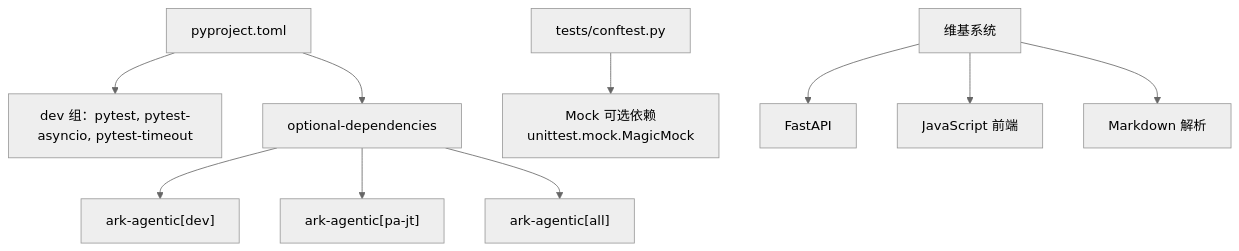
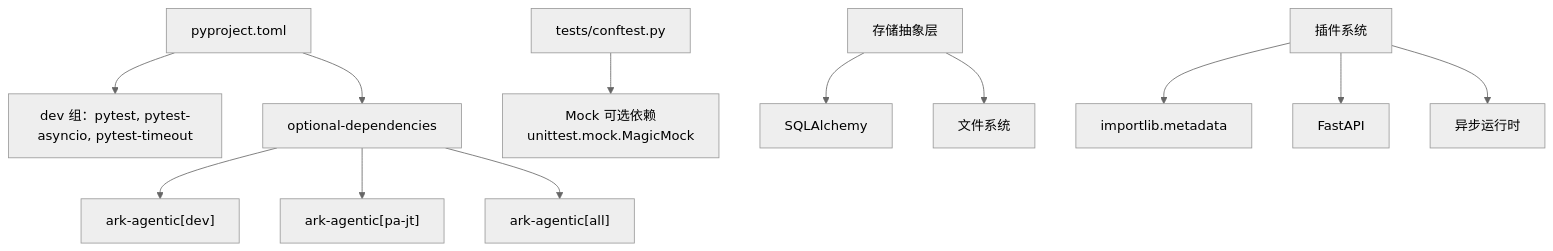
Diagram 11 of 11 in repowiki/zh/content/测试策略/测试策略.md (YU-JI-KUI/ark-agentic), drawn with Mermaid (neutral theme) before and after one commit. The commit also changed other lines of this file and 116 other files, not shown here.

````diff
--- a/repowiki/zh/content/测试策略/测试策略.md
+++ b/repowiki/zh/content/测试策略/测试策略.md
@@ -425,12 +508,14 @@
 ```mermaid
 graph TB
 P["pyproject.toml"] --> Dev["dev 组：pytest, pytest-asyncio, pytest-timeout"]
 P --> Optional["optional-dependencies"]
 Optional --> DevGroup["ark-agentic[dev]"]
 Optional --> PJT["ark-agentic[pa-jt]"]
 Optional --> All["ark-agentic[all]"]
 C["tests/conftest.py"] --> Mocks["Mock 可选依赖unittest.mock.MagicMock"]
-WS["维基系统"] --> FastAPI["FastAPI"]
-WS --> JS["JavaScript 前端"]
-WS --> MD["Markdown 解析"]
+STORAGE["存储抽象层"] --> SQL["SQLAlchemy"]
+STORAGE --> FS["文件系统"]
+PLUGIN["插件系统"] --> IM["importlib.metadata"]
+PLUGIN --> FASTAPI["FastAPI"]
+PLUGIN --> ASYNC["异步运行时"]
 ```
````
